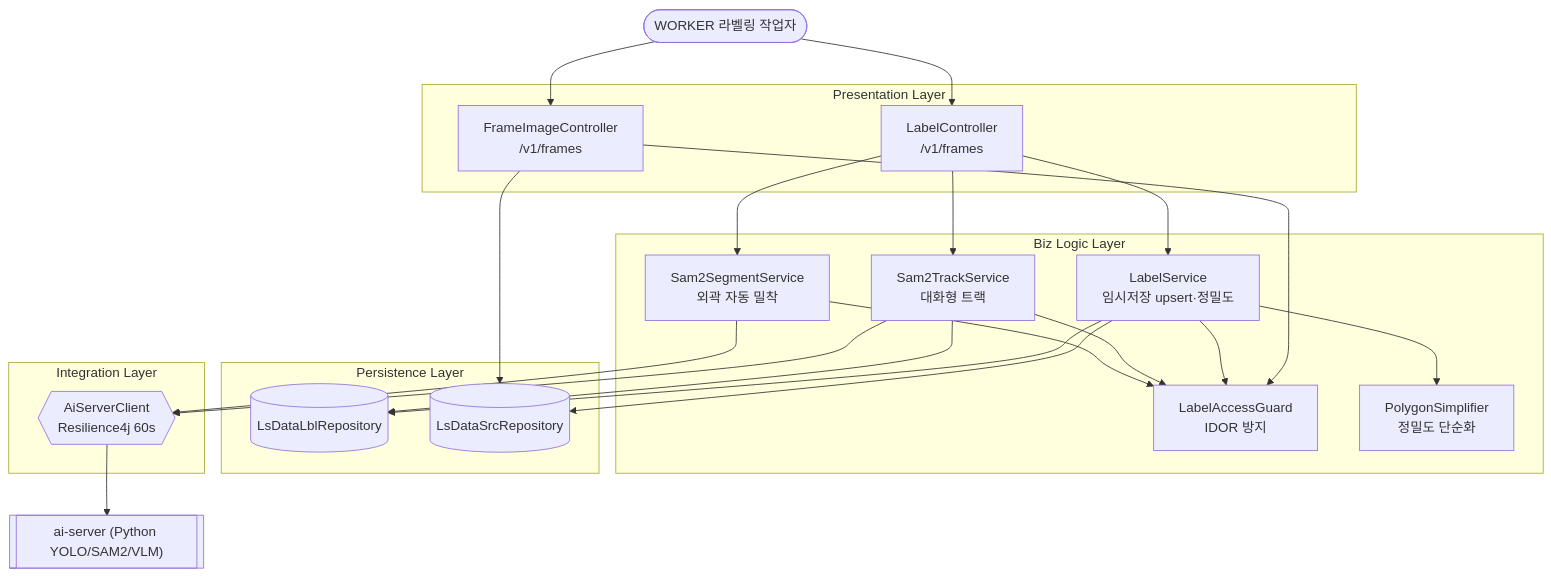
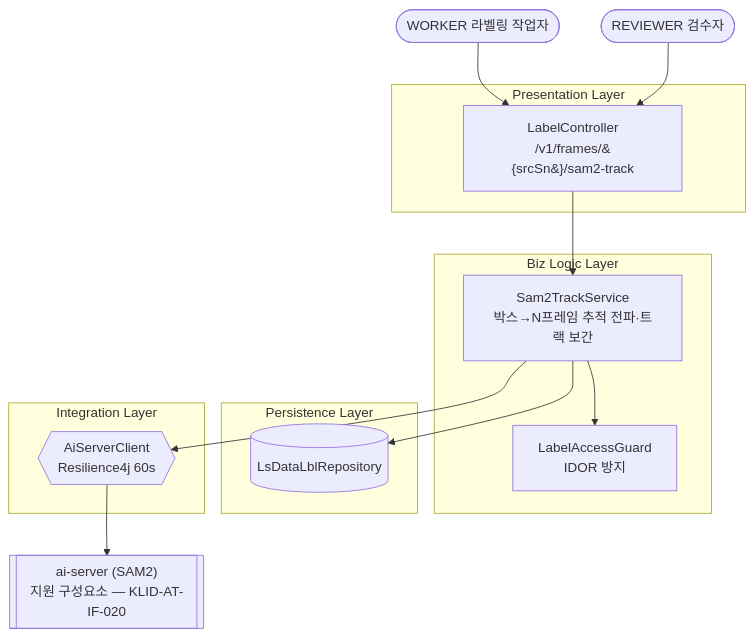
Before and after one commit to New-stella/klid-label: the fourth of 13 diagrams in docs/design/D3-컴포넌트설계서.md, drawn with Mermaid. The commit also changed other lines of this file, not shown here.

````diff
--- a/docs/design/D3-컴포넌트설계서.md
+++ b/docs/design/D3-컴포넌트설계서.md
@@ -118,45 +155,28 @@
 ```mermaid
 flowchart TB
   WORKER([WORKER 라벨링 작업자])
-  AISVR[["ai-server (Python YOLO/SAM2/VLM)"]]
+  REVIEWER([REVIEWER 검수자])
+  AISVR[["ai-server (SAM2)<br/>지원 구성요소 — KLID-AT-IF-020"]]
 
   subgraph Presentation [Presentation Layer]
-    LblCtrl[LabelController<br/>/v1/frames]
-    FrmImgCtrl[FrameImageController<br/>/v1/frames]
+    LblCtrl[LabelController<br/>/v1/frames/&#123;srcSn&#125;/sam2-track]
   end
-
   subgraph Biz [Biz Logic Layer]
-    LblSvc[LabelService<br/>임시저장 upsert·정밀도]
-    Sam2Track[Sam2TrackService<br/>대화형 트랙]
-    Sam2Seg[Sam2SegmentService<br/>외곽 자동 밀착]
+    Sam2Track[Sam2TrackService<br/>박스→N프레임 추적 전파·트랙 보간]
     Guard[LabelAccessGuard<br/>IDOR 방지]
-    PolySimp[PolygonSimplifier<br/>정밀도 단순화]
   end
-
   subgraph Persistence [Persistence Layer]
     LblRepo[(LsDataLblRepository)]
-    SrcRepo[(LsDataSrcRepository)]
   end
-
   subgraph Integration [Integration Layer]
     AiClient{{AiServerClient<br/>Resilience4j 60s}}
   end
 
   WORKER --> LblCtrl
-  WORKER --> FrmImgCtrl
-  LblCtrl --> LblSvc
+  REVIEWER --> LblCtrl
   LblCtrl --> Sam2Track
-  LblCtrl --> Sam2Seg
-  FrmImgCtrl --> Guard
-  FrmImgCtrl --> SrcRepo
-  LblSvc --> Guard
-  LblSvc --> PolySimp
-  LblSvc --> LblRepo
-  LblSvc --> SrcRepo
   Sam2Track --> Guard
   Sam2Track --> AiClient
   Sam2Track --> LblRepo
-  Sam2Seg --> Guard
-  Sam2Seg --> AiClient
   AiClient --> AISVR
 ```
````
